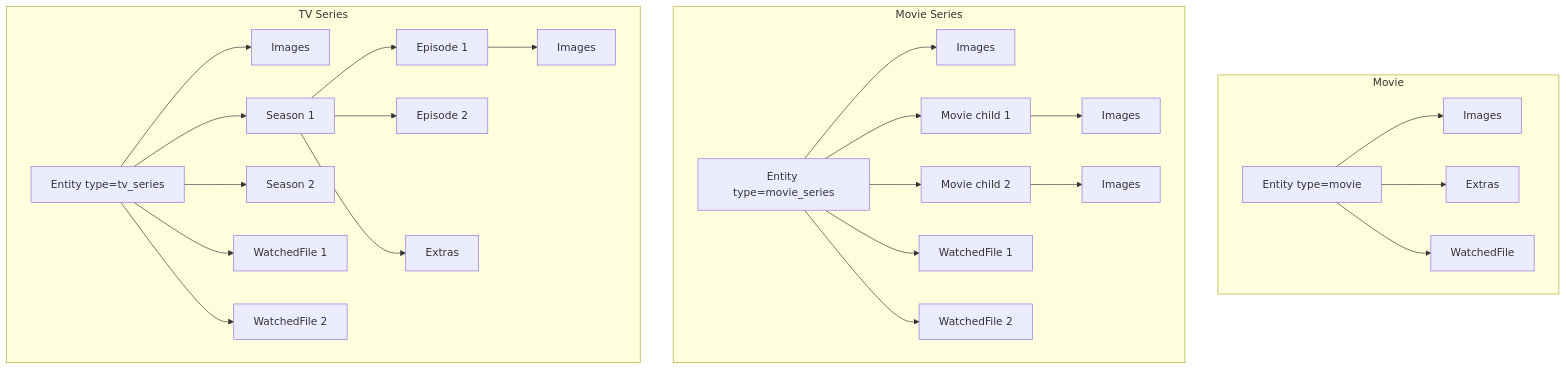
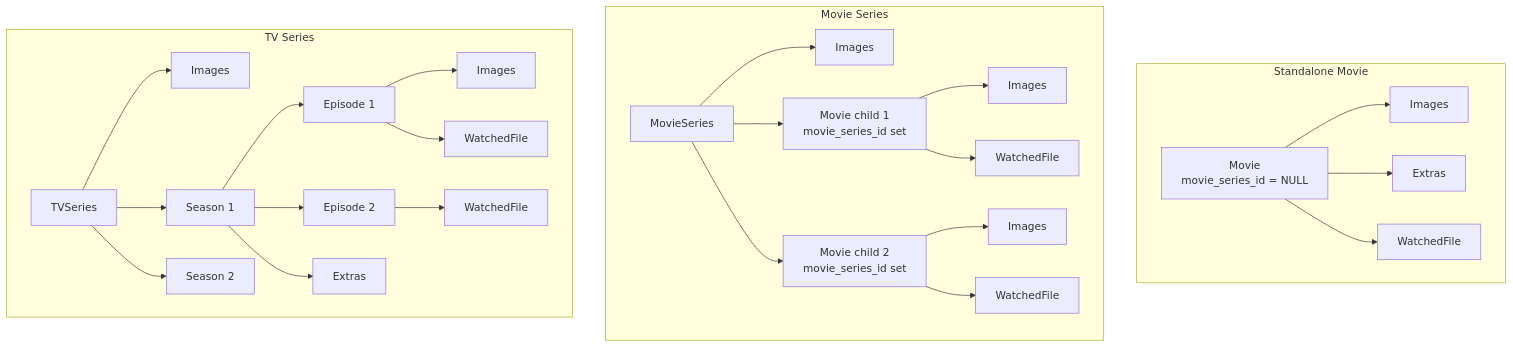
Before and after one commit to media-centaur/media-centaur: the second of 2 diagrams in docs/library.md, drawn with Mermaid. The commit also changed other lines of this file and 7 other files, not shown here.

Commit message:
docs: refresh architecture, subsystem, and image-caching reference docs

````diff
--- a/docs/library.md
+++ b/docs/library.md
@@ -65,30 +91,30 @@
 ```mermaid
 graph TD
-    subgraph "Movie"
-        M[Entity type=movie] --> MI[Images]
+    subgraph "Standalone Movie"
+        M[Movie<br/>movie_series_id = NULL] --> MI[Images]
         M --> MX[Extras]
         M --> MF[WatchedFile]
     end
 
     subgraph "Movie Series"
-        MS[Entity type=movie_series] --> MSI[Images]
-        MS --> CM1[Movie child 1]
-        MS --> CM2[Movie child 2]
+        MS[MovieSeries] --> MSI[Images]
+        MS --> CM1[Movie child 1<br/>movie_series_id set]
+        MS --> CM2[Movie child 2<br/>movie_series_id set]
         CM1 --> CM1I[Images]
         CM2 --> CM2I[Images]
-        MS --> MSF1[WatchedFile 1]
-        MS --> MSF2[WatchedFile 2]
+        CM1 --> MSF1[WatchedFile]
+        CM2 --> MSF2[WatchedFile]
     end
 
     subgraph "TV Series"
-        TV[Entity type=tv_series] --> TVI[Images]
+        TV[TVSeries] --> TVI[Images]
         TV --> S1[Season 1]
         TV --> S2[Season 2]
         S1 --> E1[Episode 1]
         S1 --> E2[Episode 2]
         E1 --> E1I[Images]
-        TV --> TVF1[WatchedFile 1]
-        TV --> TVF2[WatchedFile 2]
+        E1 --> TVF1[WatchedFile]
+        E2 --> TVF2[WatchedFile]
         S1 --> SX[Extras]
     end
 ```
````
